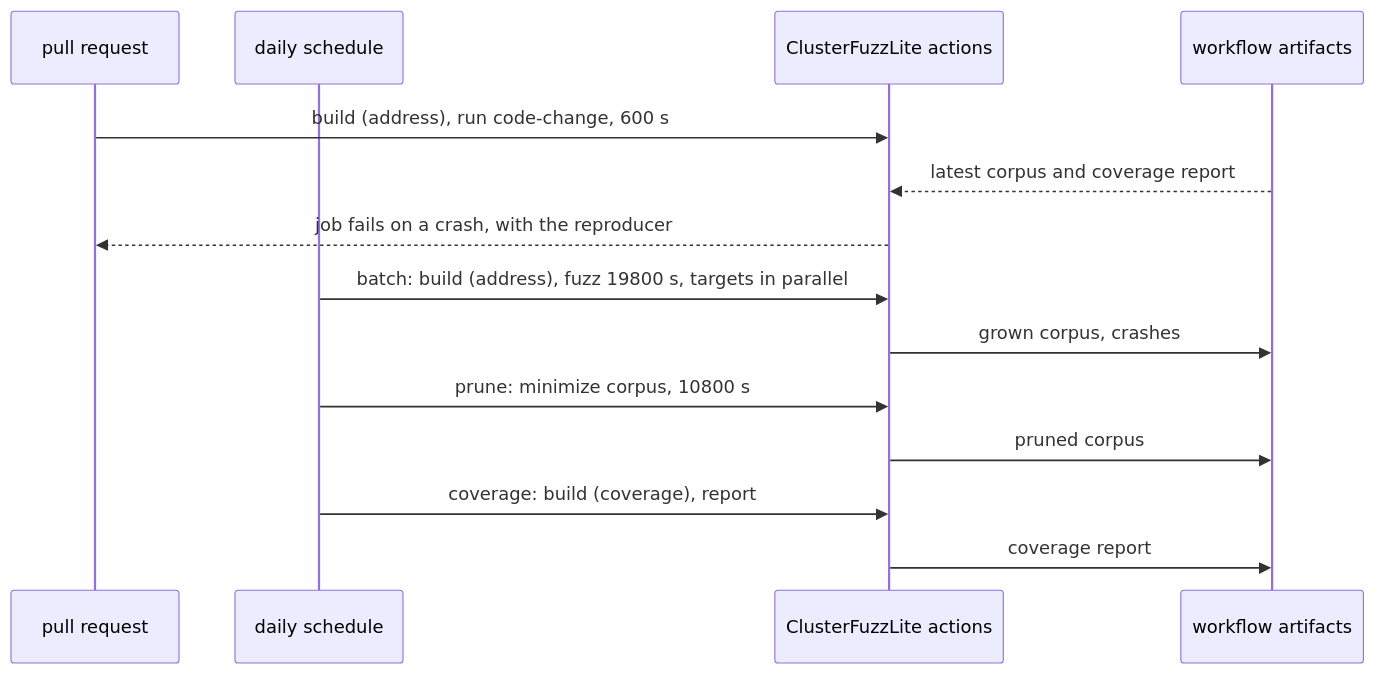
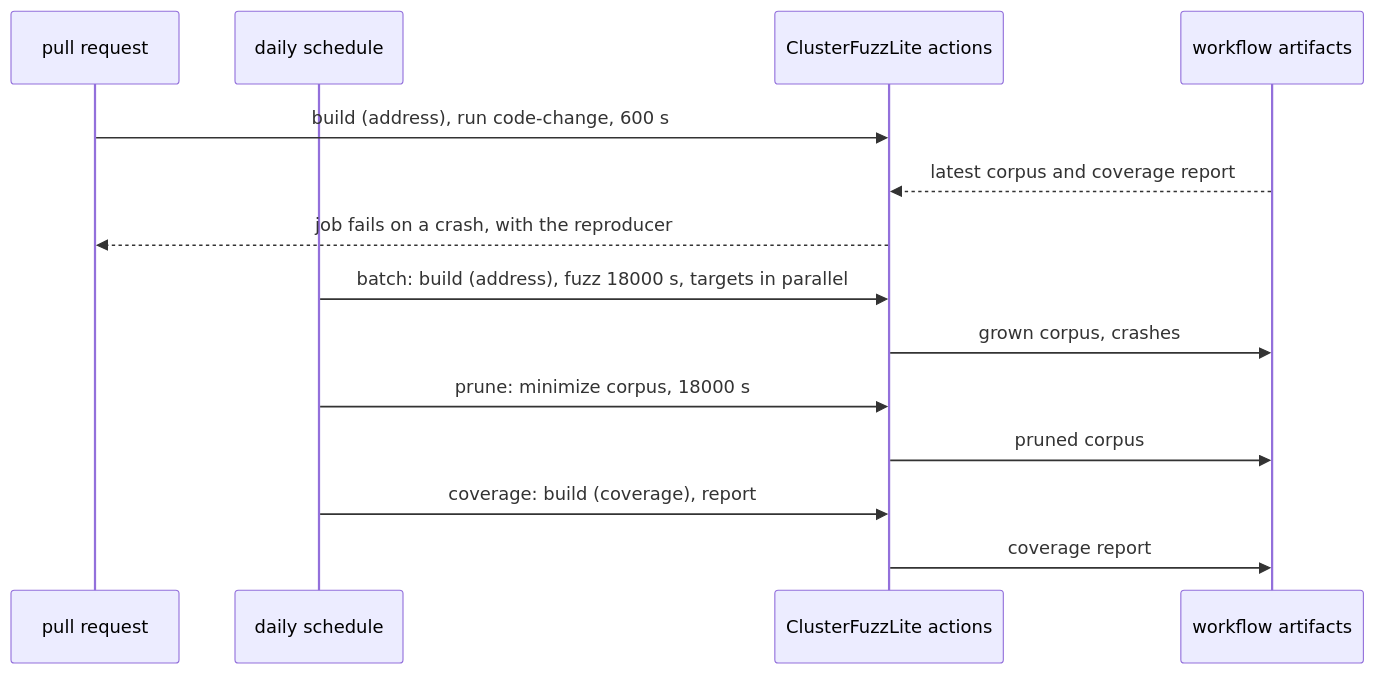
One commit to M-Compressors/mzstd changed the third of 4 diagrams in architecture/ci.md. Above: the diagram before and after it, drawn with Mermaid. The commit also changed other lines of this file and 2 other files, not shown here.

Commit message:
fix ClusterFuzzLite wf

````diff
--- a/architecture/ci.md
+++ b/architecture/ci.md
@@ -104,16 +104,16 @@
 ```mermaid
 sequenceDiagram
     participant PR as pull request
     participant Cron as daily schedule
     participant CF as ClusterFuzzLite actions
     participant Store as workflow artifacts
     PR->>CF: build (address), run code-change, 600 s
     Store-->>CF: latest corpus and coverage report
     CF-->>PR: job fails on a crash, with the reproducer
-    Cron->>CF: batch: build (address), fuzz 19800 s, targets in parallel
+    Cron->>CF: batch: build (address), fuzz 18000 s, targets in parallel
     CF->>Store: grown corpus, crashes
-    Cron->>CF: prune: minimize corpus, 10800 s
+    Cron->>CF: prune: minimize corpus, 18000 s
     CF->>Store: pruned corpus
     Cron->>CF: coverage: build (coverage), report
     CF->>Store: coverage report
 ```
````
